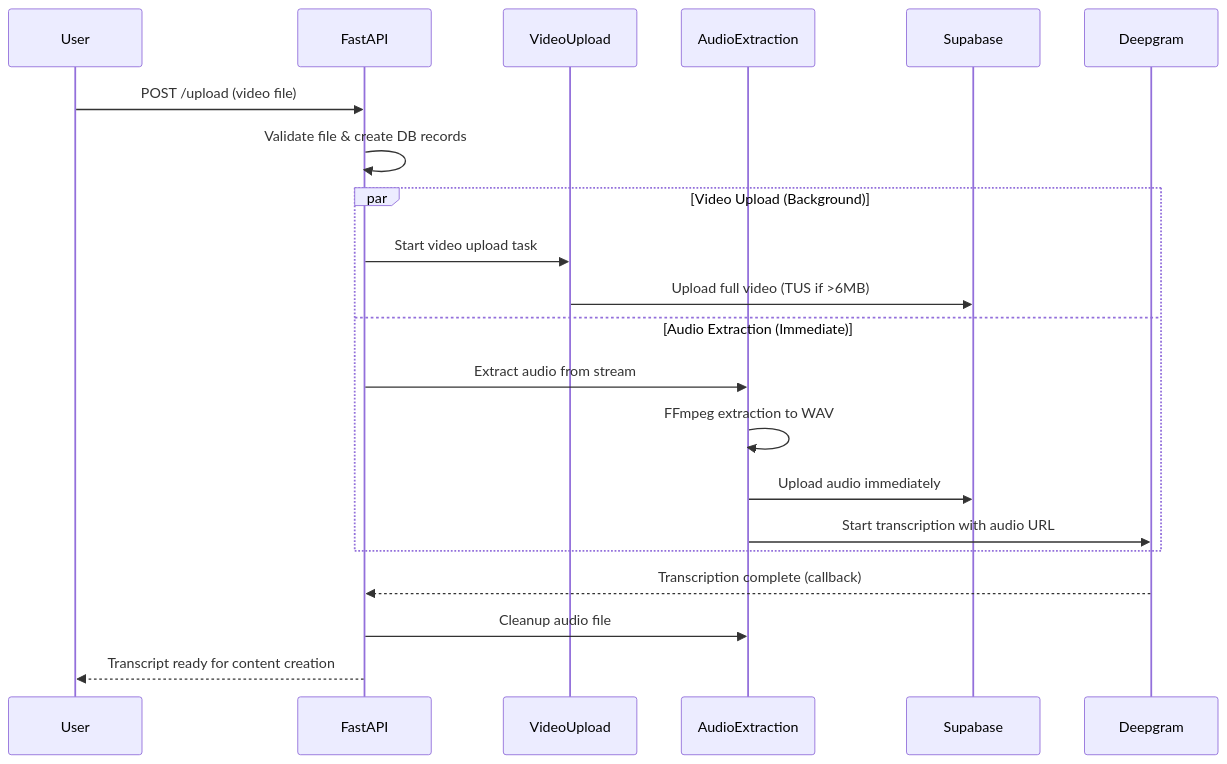
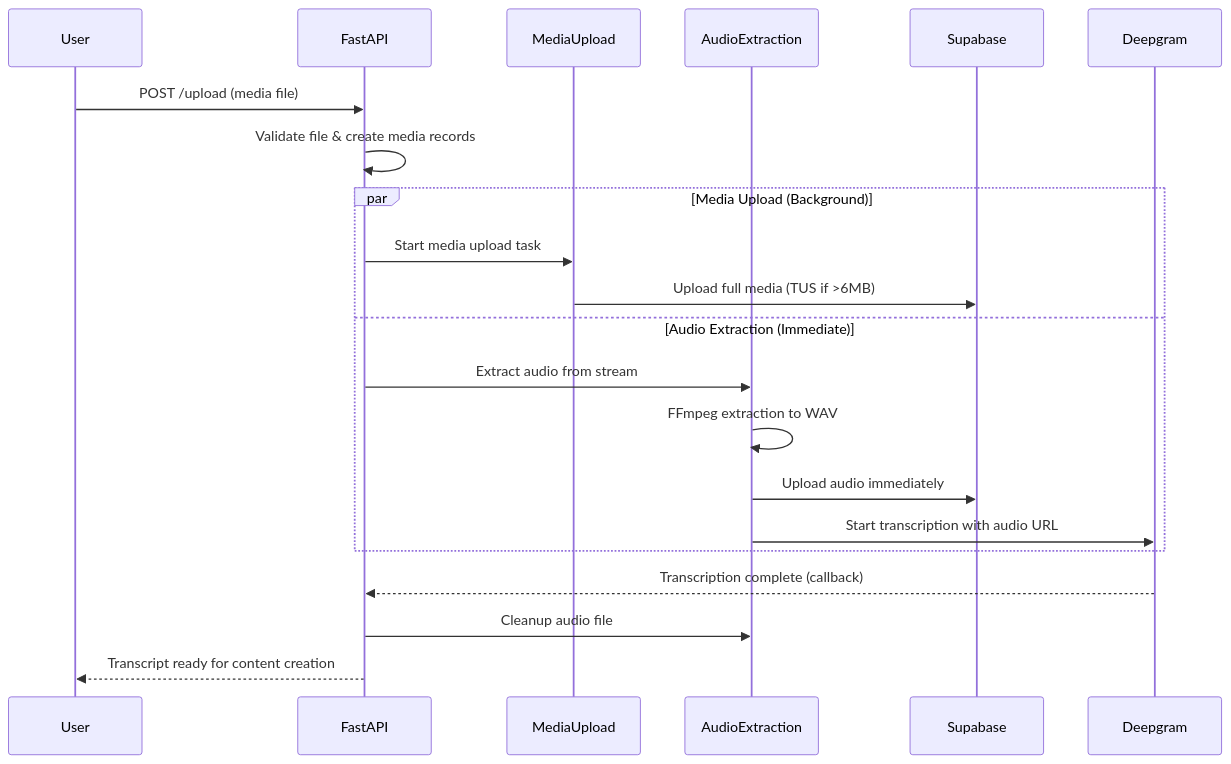
One commit to jaredjohnston/sermon-ai changed the first of 2 diagrams in SERMONAI_ONBOARDING_GUIDE.md. Above: the diagram before and after it, drawn with Mermaid. The commit also changed other lines of this file and 6 other files, not shown here.

````diff
--- a/SERMONAI_ONBOARDING_GUIDE.md
+++ b/SERMONAI_ONBOARDING_GUIDE.md
@@ -242,26 +245,26 @@
 ```mermaid
 sequenceDiagram
     participant U as User
     participant API as FastAPI
-    participant VS as VideoUpload
+    participant MU as MediaUpload
     participant AS as AudioExtraction
     participant S as Supabase
     participant D as Deepgram
     
-    U->>API: POST /upload (video file)
-    API->>API: Validate file & create DB records
+    U->>API: POST /upload (media file)
+    API->>API: Validate file & create media records
     
-    par Video Upload (Background)
-        API->>VS: Start video upload task
-        VS->>S: Upload full video (TUS if >6MB)
+    par Media Upload (Background)
+        API->>MU: Start media upload task
+        MU->>S: Upload full media (TUS if >6MB)
     and Audio Extraction (Immediate)
         API->>AS: Extract audio from stream
         AS->>AS: FFmpeg extraction to WAV
         AS->>S: Upload audio immediately
         AS->>D: Start transcription with audio URL
     end
     
     D-->>API: Transcription complete (callback)
     API->>AS: Cleanup audio file
     API-->>U: Transcript ready for content creation
 ```
````
